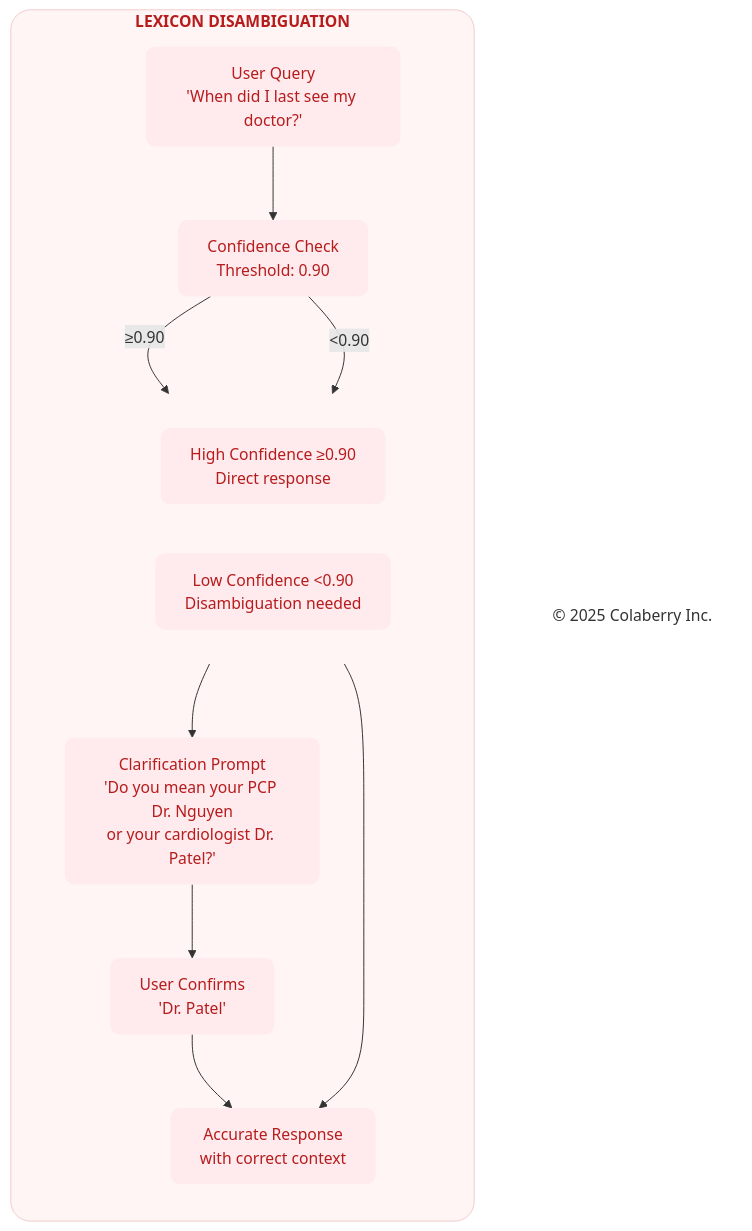
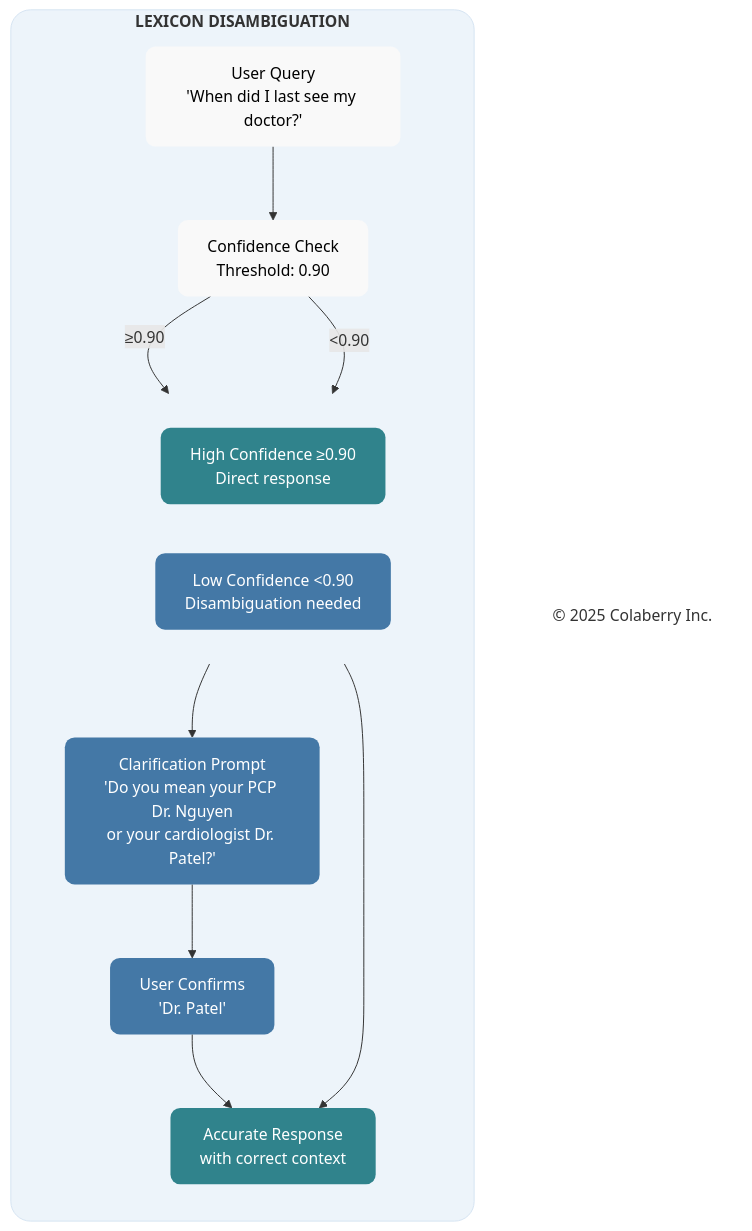
One commit to saitejesh-cyber/trust-before-intelligence-book changed the diagram in mermaid-source/figure-8-5.mmd. Above: the diagram before and after it, drawn with Mermaid. The commit also changed other lines of this file and 21 other files, not shown here.

Commit message:
Address Ram feedback for Chapter 4-9 figure palette alignment

```diff
--- a/mermaid-source/figure-8-5.mmd
+++ b/mermaid-source/figure-8-5.mmd
@@ -1,39 +1,39 @@
 
 graph TB
   subgraph DISAMBIGUATION["<b>LEXICON DISAMBIGUATION</b>"]
     direction TB
     Q["User Query<br/>'When did I last see my doctor?'"]
     
     CONF["Confidence Check<br/>Threshold: 0.90"]
     
     subgraph PATHS[" "]
       direction LR
       HIGH["High Confidence ≥0.90<br/>Direct response"]
       LOW["Low Confidence <0.90<br/>Disambiguation needed"]
     end
     
     PROMPT["Clarification Prompt<br/>'Do you mean your PCP Dr. Nguyen<br/>or your cardiologist Dr. Patel?'"]
     
     RESP["User Confirms<br/>'Dr. Patel'"]
     
     RESULT["Accurate Response<br/>with correct context"]
   end
   
   Copyright["© 2025 Colaberry Inc."]
   
   Q --> CONF
   CONF -->|"≥0.90"| HIGH
   CONF -->|"<0.90"| LOW
   HIGH --> RESULT
   LOW --> PROMPT --> RESP --> RESULT
   
-  style DISAMBIGUATION fill:#fff5f5,stroke:#f2caca,stroke-width:1px,color:#b71c1c,rx:20,ry:20
-  style Q fill:#ffebee,stroke:none,color:#b71c1c,rx:10,ry:10
-  style CONF fill:#ffebee,stroke:none,color:#b71c1c,rx:10,ry:10
+  style DISAMBIGUATION fill:#edf4fa,stroke:#d6e4f2,stroke-width:1px,color:#333333,rx:20,ry:20
+  style Q fill:#f9f9f9,stroke:none,color:#000000,rx:10,ry:10
+  style CONF fill:#f9f9f9,stroke:none,color:#000000,rx:10,ry:10
   style PATHS fill:none,stroke:none
-  style HIGH fill:#ffebee,stroke:none,color:#b71c1c,rx:10,ry:10
-  style LOW fill:#ffebee,stroke:none,color:#b71c1c,rx:10,ry:10
-  style PROMPT fill:#ffebee,stroke:none,color:#b71c1c,rx:10,ry:10
-  style RESP fill:#ffebee,stroke:none,color:#b71c1c,rx:10,ry:10
-  style RESULT fill:#ffebee,stroke:none,color:#b71c1c,rx:10,ry:10
+  style HIGH fill:#30838C,stroke:none,color:#ffffff,rx:10,ry:10
+  style LOW fill:#4478A6,stroke:none,color:#ffffff,rx:10,ry:10
+  style PROMPT fill:#4478A6,stroke:none,color:#ffffff,rx:10,ry:10
+  style RESP fill:#4478A6,stroke:none,color:#ffffff,rx:10,ry:10
+  style RESULT fill:#30838C,stroke:none,color:#ffffff,rx:10,ry:10
   style Copyright fill:none,stroke:none,color:#333333
```
